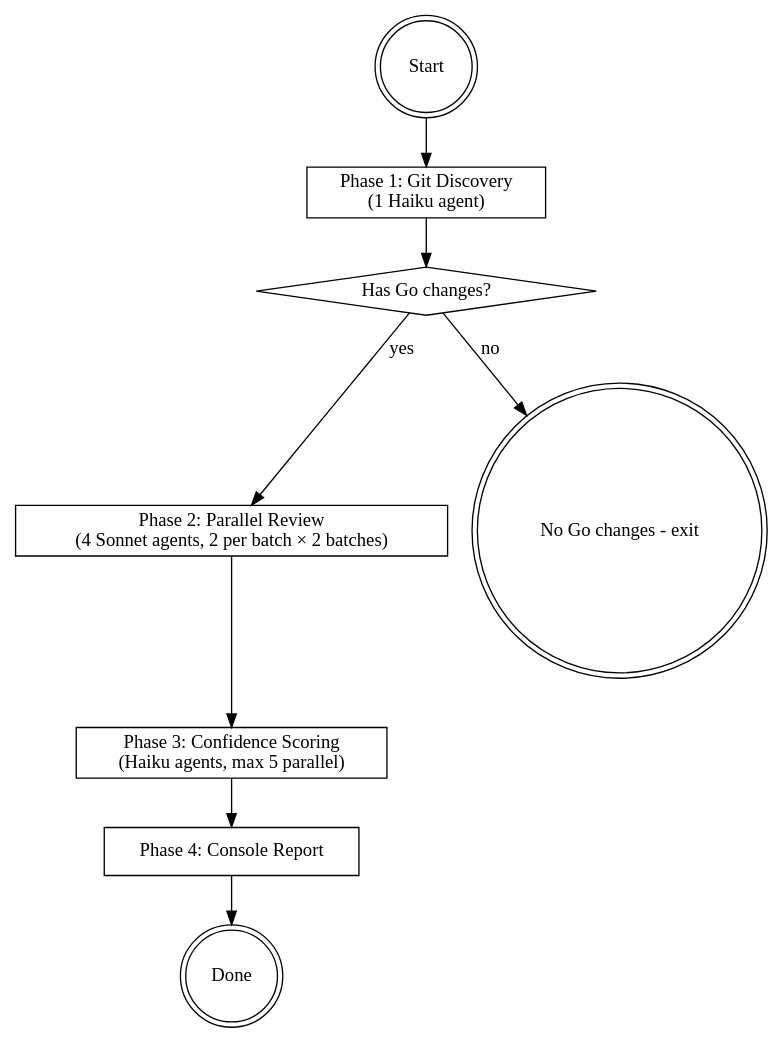
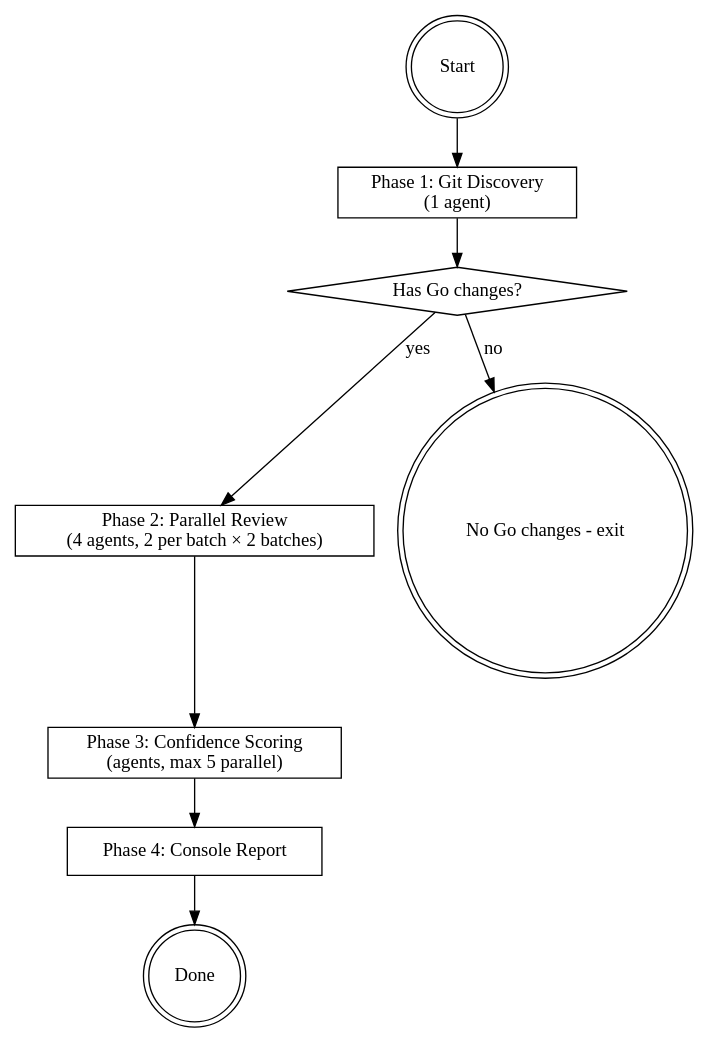
Before and after one commit to 0xFredZhang/skills: the diagram in skills/gitreview-go/SKILL.md, drawn with Graphviz. The commit also changed other lines of this file and 1 other file, not shown here.

Commit message:
♻️ refactor: make review skills model-agnostic by inheriting main-session model

````diff
--- a/skills/gitreview-go/SKILL.md
+++ b/skills/gitreview-go/SKILL.md
@@ -31,21 +31,21 @@
 ```dot
 digraph review_flow {
     rankdir=TB;
     "Start" [shape=doublecircle];
-    "Phase 1: Git Discovery\n(1 Haiku agent)" [shape=box];
+    "Phase 1: Git Discovery\n(1 agent)" [shape=box];
     "Has Go changes?" [shape=diamond];
-    "Phase 2: Parallel Review\n(4 Sonnet agents, 2 per batch × 2 batches)" [shape=box];
-    "Phase 3: Confidence Scoring\n(Haiku agents, max 5 parallel)" [shape=box];
+    "Phase 2: Parallel Review\n(4 agents, 2 per batch × 2 batches)" [shape=box];
+    "Phase 3: Confidence Scoring\n(agents, max 5 parallel)" [shape=box];
     "Phase 4: Console Report" [shape=box];
     "No Go changes - exit" [shape=doublecircle];
     "Done" [shape=doublecircle];
 
-    "Start" -> "Phase 1: Git Discovery\n(1 Haiku agent)";
-    "Phase 1: Git Discovery\n(1 Haiku agent)" -> "Has Go changes?";
-    "Has Go changes?" -> "Phase 2: Parallel Review\n(4 Sonnet agents, 2 per batch × 2 batches)" [label="yes"];
+    "Start" -> "Phase 1: Git Discovery\n(1 agent)";
+    "Phase 1: Git Discovery\n(1 agent)" -> "Has Go changes?";
+    "Has Go changes?" -> "Phase 2: Parallel Review\n(4 agents, 2 per batch × 2 batches)" [label="yes"];
     "Has Go changes?" -> "No Go changes - exit" [label="no"];
-    "Phase 2: Parallel Review\n(4 Sonnet agents, 2 per batch × 2 batches)" -> "Phase 3: Confidence Scoring\n(Haiku agents, max 5 parallel)";
-    "Phase 3: Confidence Scoring\n(Haiku agents, max 5 parallel)" -> "Phase 4: Console Report";
+    "Phase 2: Parallel Review\n(4 agents, 2 per batch × 2 batches)" -> "Phase 3: Confidence Scoring\n(agents, max 5 parallel)";
+    "Phase 3: Confidence Scoring\n(agents, max 5 parallel)" -> "Phase 4: Console Report";
     "Phase 4: Console Report" -> "Done";
 }
 ```
````
